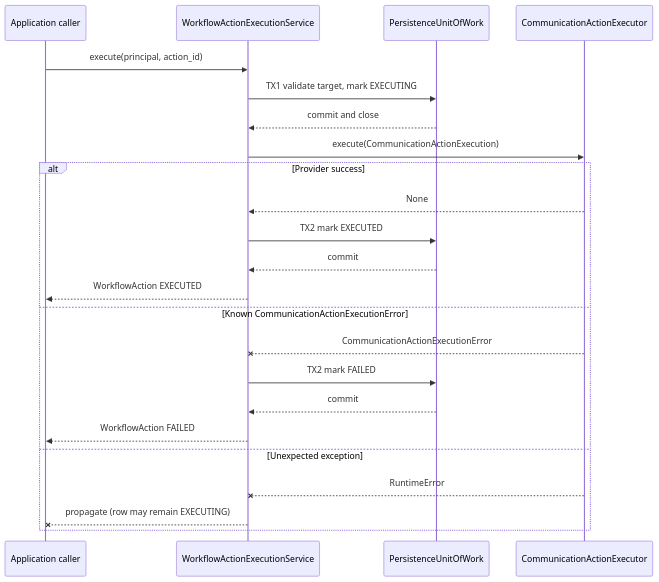
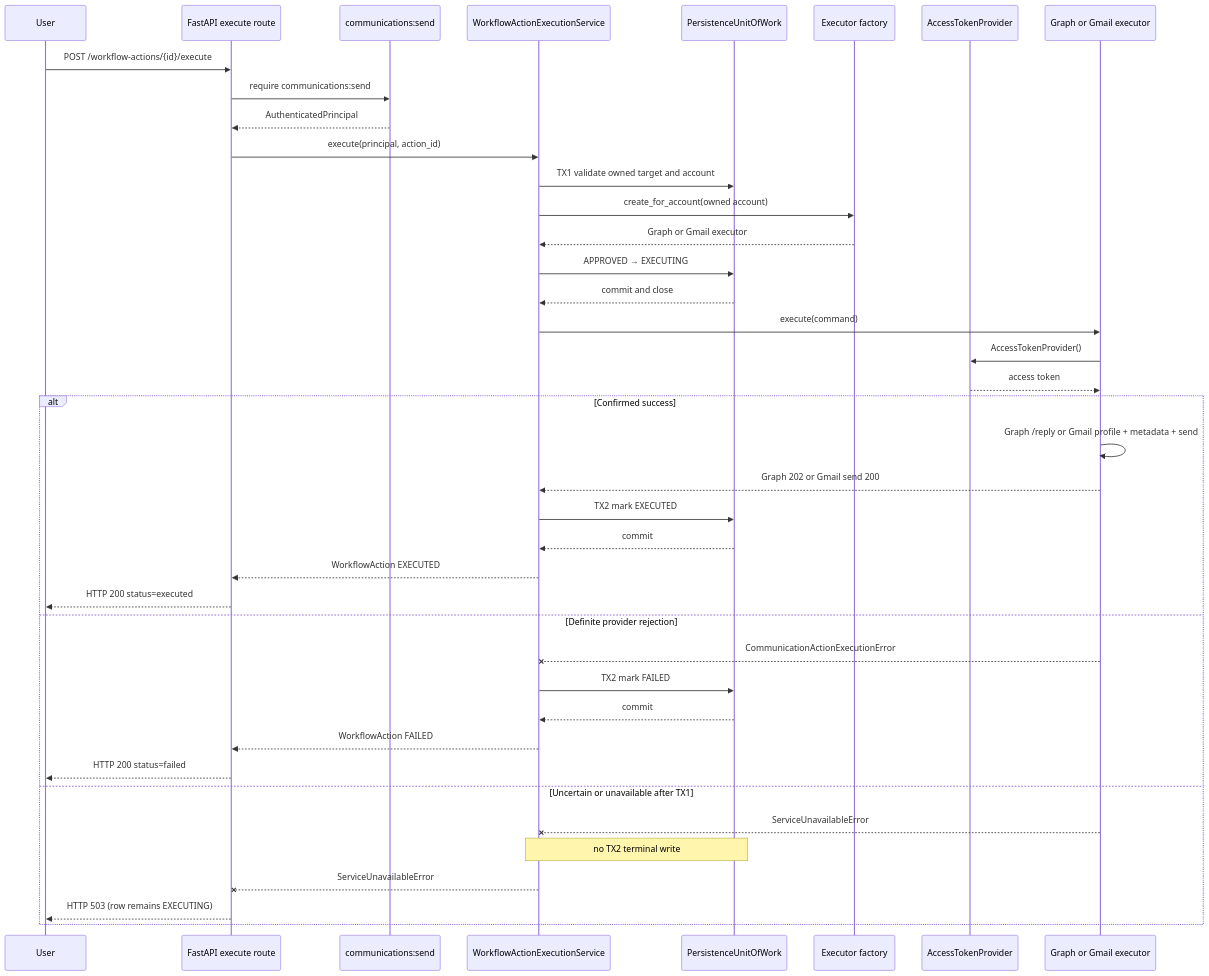
Diagram 11 of 12 in docs/architecture/sequence-diagrams.md (Susanta2025-lab/enterprise-communication-intelligence), drawn with Mermaid before and after one commit. The commit also changed other lines of this file and 33 other files, not shown here.

Commit message:
docs: complete phase 12 production communication execution

````diff
--- a/docs/architecture/sequence-diagrams.md
+++ b/docs/architecture/sequence-diagrams.md
@@ -293,26 +298,43 @@
 ```mermaid
 sequenceDiagram
-    participant Caller as Application caller
+    participant User
+    participant API as FastAPI execute route
+    participant Auth as communications:send
     participant Exec as WorkflowActionExecutionService
     participant UoW as PersistenceUnitOfWork
-    participant Port as CommunicationActionExecutor
+    participant Factory as Executor factory
+    participant Token as AccessTokenProvider
+    participant Provider as Graph or Gmail executor
 
-    Caller->>Exec: execute(principal, action_id)
-    Exec->>UoW: TX1 validate target, mark EXECUTING
+    User->>API: POST /workflow-actions/{id}/execute
+    API->>Auth: require communications:send
+    Auth-->>API: AuthenticatedPrincipal
+    API->>Exec: execute(principal, action_id)
+    Exec->>UoW: TX1 validate owned target and account
+    Exec->>Factory: create_for_account(owned account)
+    Factory-->>Exec: Graph or Gmail executor
+    Exec->>UoW: APPROVED → EXECUTING
     UoW-->>Exec: commit and close
-    Exec->>Port: execute(CommunicationActionExecution)
-    alt Provider success
-        Port-->>Exec: None
+    Exec->>Provider: execute(command)
+    Provider->>Token: AccessTokenProvider()
+    Token-->>Provider: access token
+    alt Confirmed success
+        Provider->>Provider: Graph /reply or Gmail profile + metadata + send
+        Provider-->>Exec: Graph 202 or Gmail send 200
         Exec->>UoW: TX2 mark EXECUTED
         UoW-->>Exec: commit
-        Exec-->>Caller: WorkflowAction EXECUTED
-    else Known CommunicationActionExecutionError
-        Port--xExec: CommunicationActionExecutionError
+        Exec-->>API: WorkflowAction EXECUTED
+        API-->>User: HTTP 200 status=executed
+    else Definite provider rejection
+        Provider--xExec: CommunicationActionExecutionError
         Exec->>UoW: TX2 mark FAILED
         UoW-->>Exec: commit
-        Exec-->>Caller: WorkflowAction FAILED
-    else Unexpected exception
-        Port--xExec: RuntimeError
-        Exec--xCaller: propagate (row may remain EXECUTING)
+        Exec-->>API: WorkflowAction FAILED
+        API-->>User: HTTP 200 status=failed
+    else Uncertain or unavailable after TX1
+        Provider--xExec: ServiceUnavailableError
+        Note over Exec,UoW: no TX2 terminal write
+        Exec--xAPI: ServiceUnavailableError
+        API-->>User: HTTP 503 (row remains EXECUTING)
     end
 ```
````
